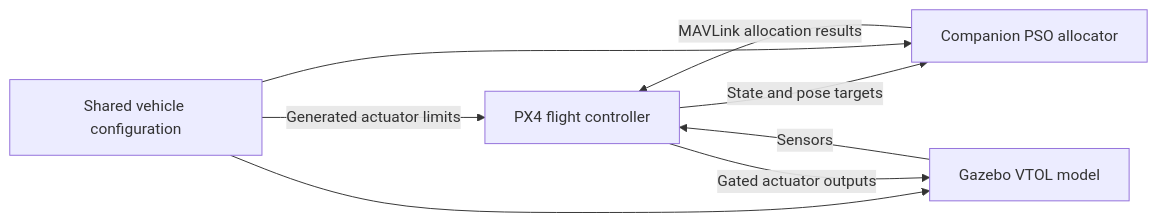
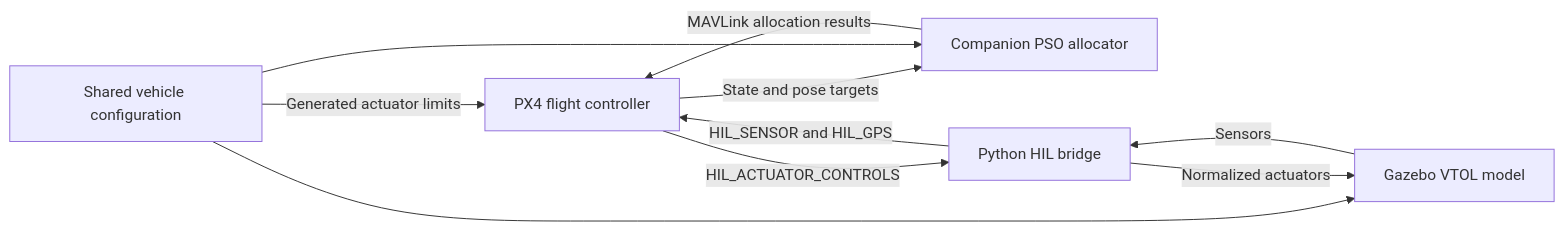
One commit to sebascert/vtol26 changed the diagram in README.md. Above: the diagram before and after it, drawn with Mermaid. The commit also changed other lines of this file and 8 other files, not shown here.

Commit message:
Share the Gazebo bridge and sensor model between Stallion SIL and HIL

````diff
--- a/README.md
+++ b/README.md
@@ -14,10 +14,12 @@
 ```mermaid
 flowchart LR
     PX4[PX4 flight controller] -->|State and pose targets| Allocator[Companion PSO allocator]
     Allocator -->|MAVLink allocation results| PX4
     Vehicle[Shared vehicle configuration] --> Allocator
     Vehicle --> Simulation[Gazebo VTOL model]
     Vehicle -->|Generated actuator limits| PX4
-    PX4 -->|Gated actuator outputs| Simulation
-    Simulation -->|Sensors| PX4
+    PX4 -->|HIL_ACTUATOR_CONTROLS| Bridge[Python HIL bridge]
+    Bridge -->|Normalized actuators| Simulation
+    Simulation -->|Sensors| Bridge
+    Bridge -->|HIL_SENSOR and HIL_GPS| PX4
 ```
````
